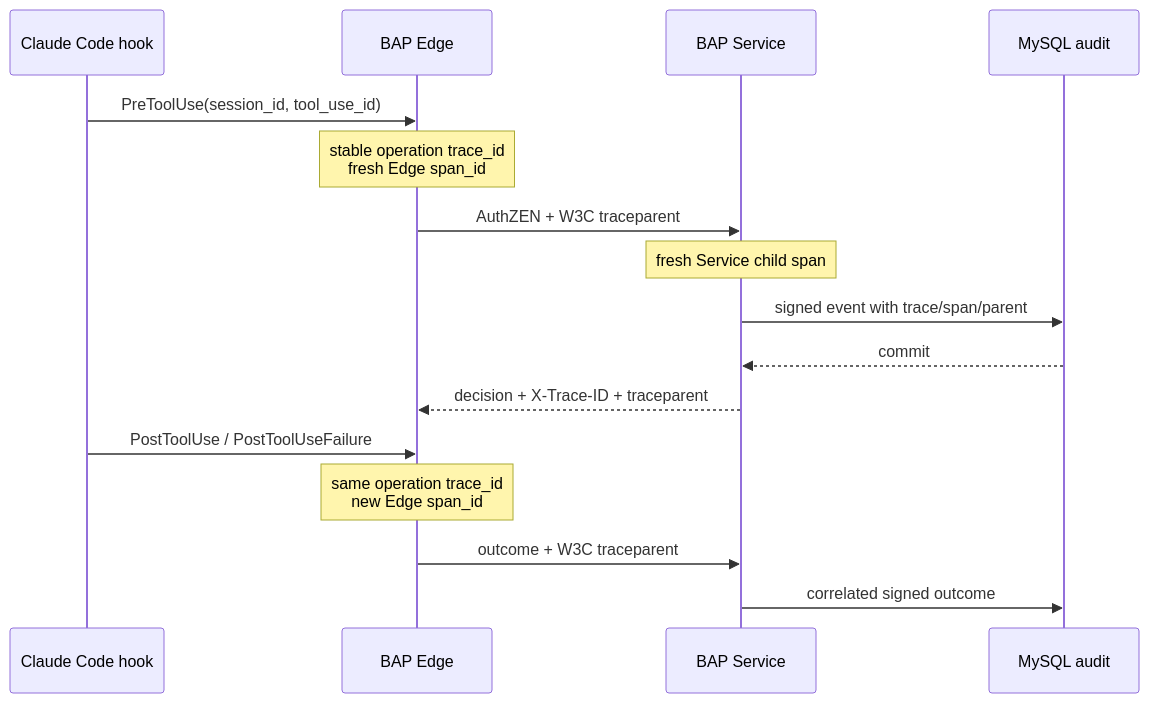
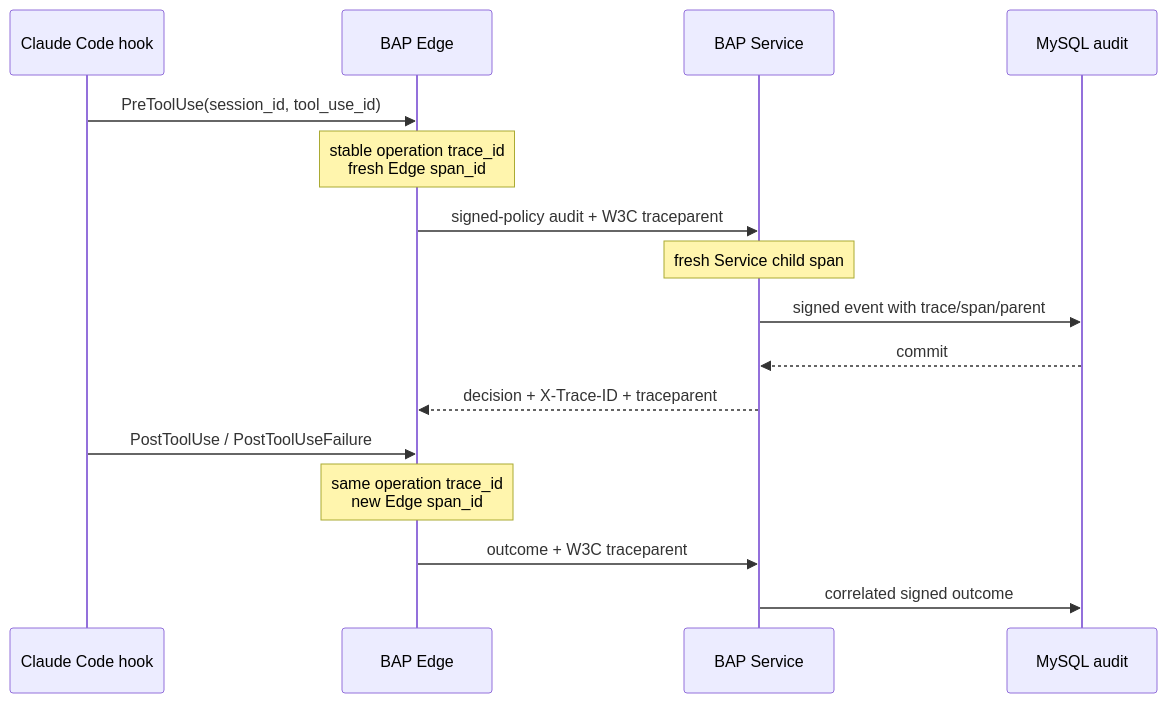
Before and after one commit to anandnomura/cc-filter: the diagram in docs/bap-edge/observability.md, drawn with Mermaid. The commit also changed other lines of this file and 38 other files, not shown here.

````diff
--- a/docs/bap-edge/observability.md
+++ b/docs/bap-edge/observability.md
@@ -8,18 +8,18 @@
 ```mermaid
 sequenceDiagram
     participant CC as Claude Code hook
     participant E as BAP Edge
     participant S as BAP Service
     participant DB as MySQL audit
     CC->>E: PreToolUse(session_id, tool_use_id)
     Note over E: stable operation trace_id<br/>fresh Edge span_id
-    E->>S: AuthZEN + W3C traceparent
+    E->>S: signed-policy audit + W3C traceparent
     Note over S: fresh Service child span
     S->>DB: signed event with trace/span/parent
     DB-->>S: commit
     S-->>E: decision + X-Trace-ID + traceparent
     CC->>E: PostToolUse / PostToolUseFailure
     Note over E: same operation trace_id<br/>new Edge span_id
     E->>S: outcome + W3C traceparent
     S->>DB: correlated signed outcome
 ```
````
